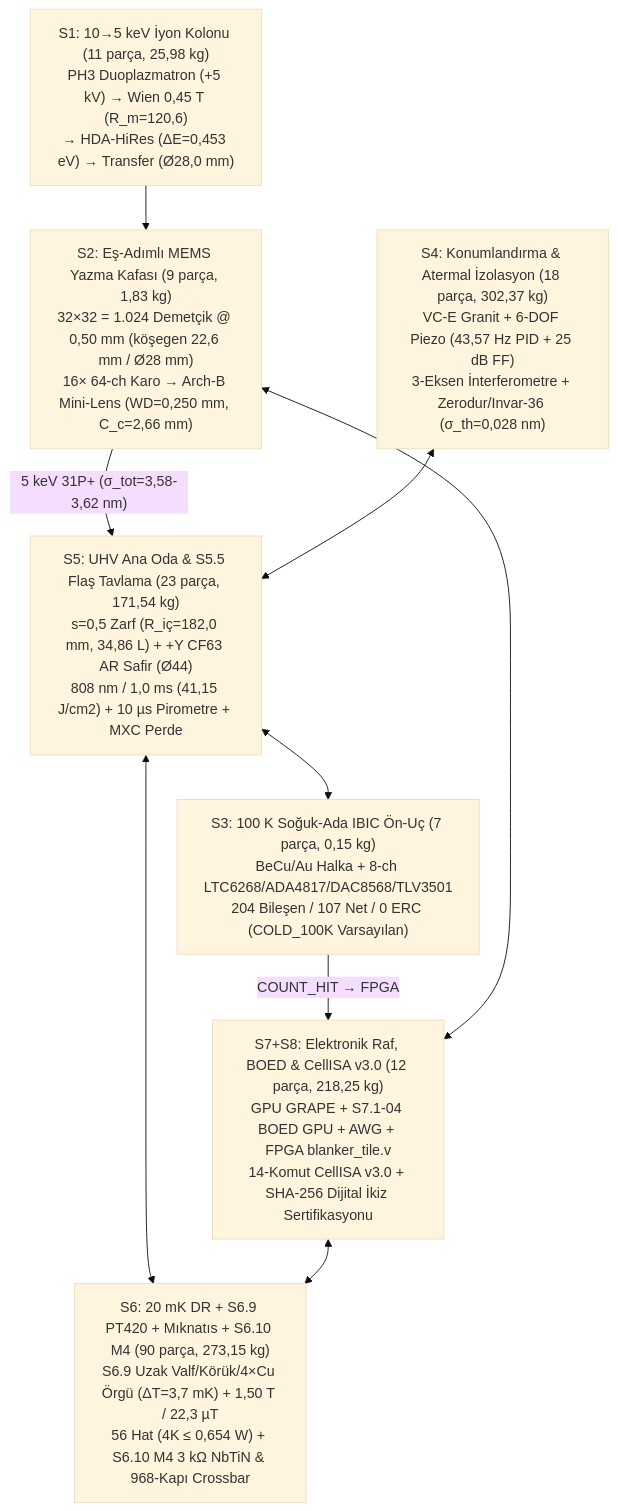
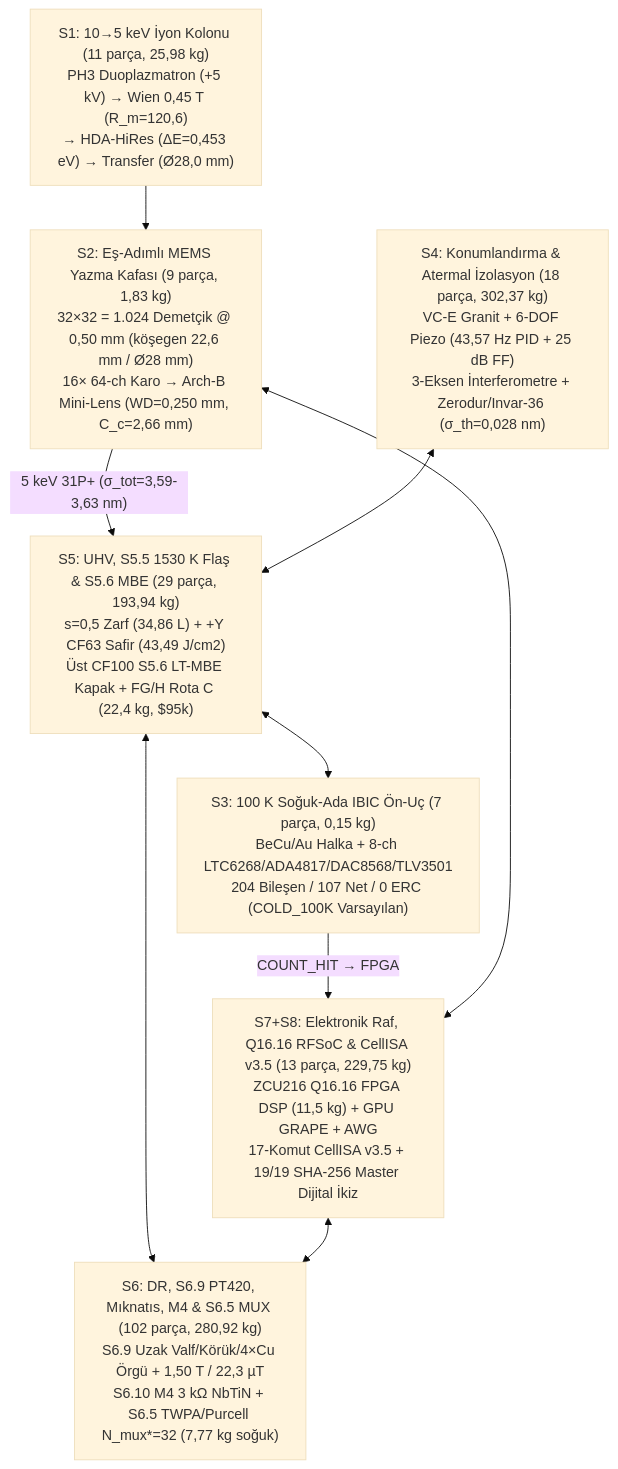
Before and after one commit to berkmec/Atom-Lithography: the second of 3 diagrams in README.md, drawn with Mermaid (base theme). The commit also changed other lines of this file and 132 other files, not shown here.

Commit message:
Atom Lithography Machine v5.0: 160k-orb sp3d5s* TB (Exp136), Echo M4 bus (Exp137), Defective Surface Code MWPM FT (Exp138), 1530K flash + 8nm MBE S5.6 (Exp139), Q16.16 BOED-FPGA + 32x Cryo-MUX + CellISA v3.5 (Exp140), Wafer CX4 + v5 Digital Twin (Exp141), CAD/BOM v5.0

````diff
--- a/README.md
+++ b/README.md
@@ -54,19 +55,19 @@
 ```mermaid
 flowchart TD
     S1["S1: 10→5 keV İyon Kolonu (11 parça, 25,98 kg)<br/>PH3 Duoplazmatron (+5 kV) → Wien 0,45 T (R_m=120,6)<br/>→ HDA-HiRes (ΔE=0,453 eV) → Transfer (Ø28,0 mm)"]
     S2["S2: Eş-Adımlı MEMS Yazma Kafası (9 parça, 1,83 kg)<br/>32×32 = 1.024 Demetçik @ 0,50 mm (köşegen 22,6 mm / Ø28 mm)<br/>16× 64-ch Karo → Arch-B Mini-Lens (WD=0,250 mm, C_c=2,66 mm)"]
     S3["S3: 100 K Soğuk-Ada IBIC Ön-Uç (7 parça, 0,15 kg)<br/>BeCu/Au Halka + 8-ch LTC6268/ADA4817/DAC8568/TLV3501<br/>204 Bileşen / 107 Net / 0 ERC (COLD_100K Varsayılan)"]
     S4["S4: Konumlandırma & Atermal İzolasyon (18 parça, 302,37 kg)<br/>VC-E Granit + 6-DOF Piezo (43,57 Hz PID + 25 dB FF)<br/>3-Eksen İnterferometre + Zerodur/Invar-36 (σ_th=0,028 nm)"]
-    S5["S5: UHV Ana Oda & S5.5 Flaş Tavlama (23 parça, 171,54 kg)<br/>s=0,5 Zarf (R_iç=182,0 mm, 34,86 L) + +Y CF63 AR Safir (Ø44)<br/>808 nm / 1,0 ms (41,15 J/cm2) + 10 µs Pirometre + MXC Perde"]
-    S6["S6: 20 mK DR + S6.9 PT420 + Mıknatıs + S6.10 M4 (90 parça, 273,15 kg)<br/>S6.9 Uzak Valf/Körük/4×Cu Örgü (ΔT=3,7 mK) + 1,50 T / 22,3 µT<br/>56 Hat (4K ≤ 0,654 W) + S6.10 M4 3 kΩ NbTiN & 968-Kapı Crossbar"]
-    S7["S7+S8: Elektronik Raf, BOED & CellISA v3.0 (12 parça, 218,25 kg)<br/>GPU GRAPE + S7.1-04 BOED GPU + AWG + FPGA blanker_tile.v<br/>14-Komut CellISA v3.0 + SHA-256 Dijital İkiz Sertifikasyonu"]
+    S5["S5: UHV, S5.5 1530 K Flaş & S5.6 MBE (29 parça, 193,94 kg)<br/>s=0,5 Zarf (34,86 L) + +Y CF63 Safir (43,49 J/cm2)<br/>Üst CF100 S5.6 LT-MBE Kapak + FG/H Rota C (22,4 kg, $95k)"]
+    S6["S6: DR, S6.9 PT420, Mıknatıs, M4 & S6.5 MUX (102 parça, 280,92 kg)<br/>S6.9 Uzak Valf/Körük/4×Cu Örgü + 1,50 T / 22,3 µT<br/>S6.10 M4 3 kΩ NbTiN + S6.5 TWPA/Purcell N_mux*=32 (7,77 kg soğuk)"]
+    S7["S7+S8: Elektronik Raf, Q16.16 RFSoC & CellISA v3.5 (13 parça, 229,75 kg)<br/>ZCU216 Q16.16 FPGA DSP (11,5 kg) + GPU GRAPE + AWG<br/>17-Komut CellISA v3.5 + 19/19 SHA-256 Master Dijital İkiz"]
 
     S1 --> S2
-    S2 -->|"5 keV 31P+ (σ_tot=3,58-3,62 nm)"| S5
+    S2 -->|"5 keV 31P+ (σ_tot=3,59-3,63 nm)"| S5
     S3 -->|"COUNT_HIT → FPGA"| S7
     S5 <--> S3
     S4 <--> S5
     S5 <--> S6
     S7 <--> S2
     S7 <--> S6
 ```
````
